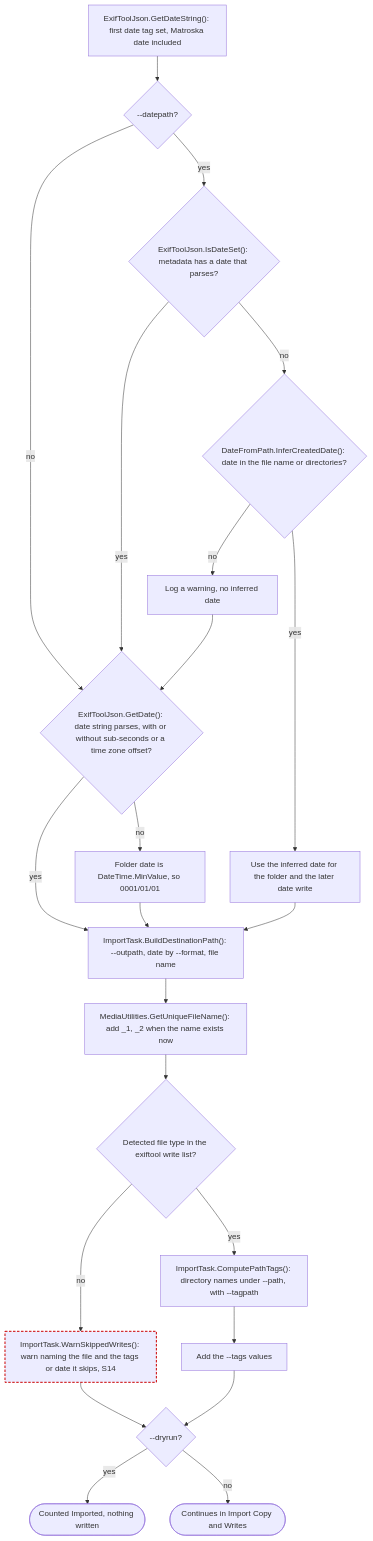
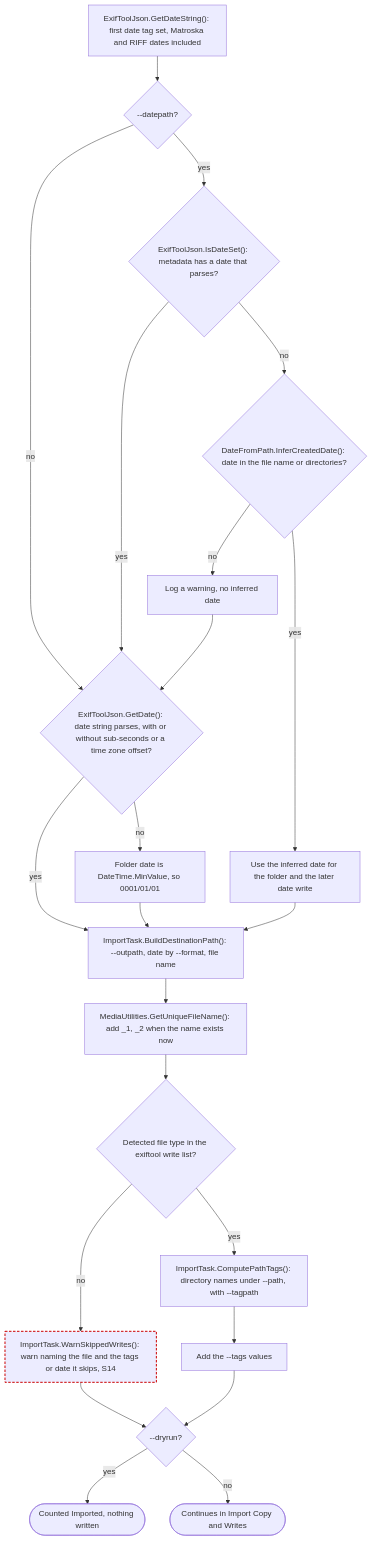
Before and after one commit to ptr727/PhotoCleaner: diagram 12 of 23 in ARCHITECTURE.md, drawn with Mermaid. The commit also changed other lines of this file and 2 other files, not shown here.

Commit message:
Keep the RIFF Date and Take the First Date That Parses

````diff
--- a/ARCHITECTURE.md
+++ b/ARCHITECTURE.md
@@ -713,26 +713,26 @@
 ```mermaid
 flowchart TD
-  start["ExifToolJson.GetDateString(): first date tag set, Matroska date included"]
+  start["ExifToolJson.GetDateString(): first date tag set, Matroska and RIFF dates included"]
   start --> dpQ{"--datepath?"}
   dpQ -->|"no"| getDate
   dpQ -->|"yes"| setQ{"ExifToolJson.IsDateSet(): metadata has a date that parses?"}
   setQ -->|"yes"| getDate{"ExifToolJson.GetDate(): date string parses, with or without sub-seconds or a time zone offset?"}
   setQ -->|"no"| infer{"DateFromPath.InferCreatedDate(): date in the file name or directories?"}
   infer -->|"yes"| inferred["Use the inferred date for the folder and the later date write"]
   infer -->|"no"| inferWarn["Log a warning, no inferred date"]
   inferWarn --> getDate
   getDate -->|"yes"| build
   getDate -->|"no"| minDate["Folder date is DateTime.MinValue, so 0001/01/01"]
   minDate --> build
   inferred --> build["ImportTask.BuildDestinationPath(): --outpath, date by --format, file name"]
   build --> unique["MediaUtilities.GetUniqueFileName(): add _1, _2 when the name exists now"]
   unique --> writeQ{"Detected file type in the exiftool write list?"}
   writeQ -->|"no"| dropped["ImportTask.WarnSkippedWrites(): warn naming the file and the tags or date it skips, S14"]:::suspect
   writeQ -->|"yes"| tags["ImportTask.ComputePathTags(): directory names under --path, with --tagpath"]
   tags --> addTags["Add the --tags values"]
   dropped --> dryQ{"--dryrun?"}
   addTags --> dryQ
   dryQ -->|"yes"| dryImported(["Counted Imported, nothing written"])
   dryQ -->|"no"| next(["Continues in Import Copy and Writes"])
   classDef suspect stroke:#c00,stroke-width:2px,stroke-dasharray:5 3
 ```
````
